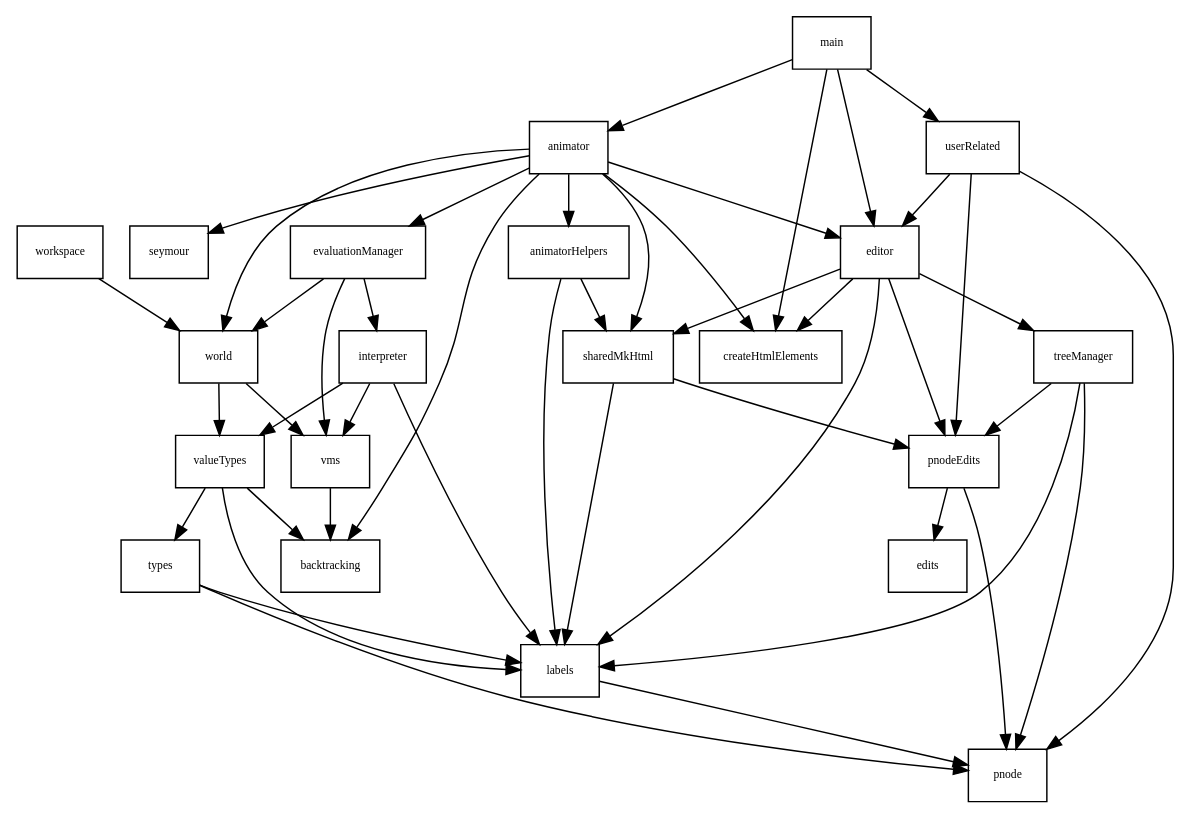
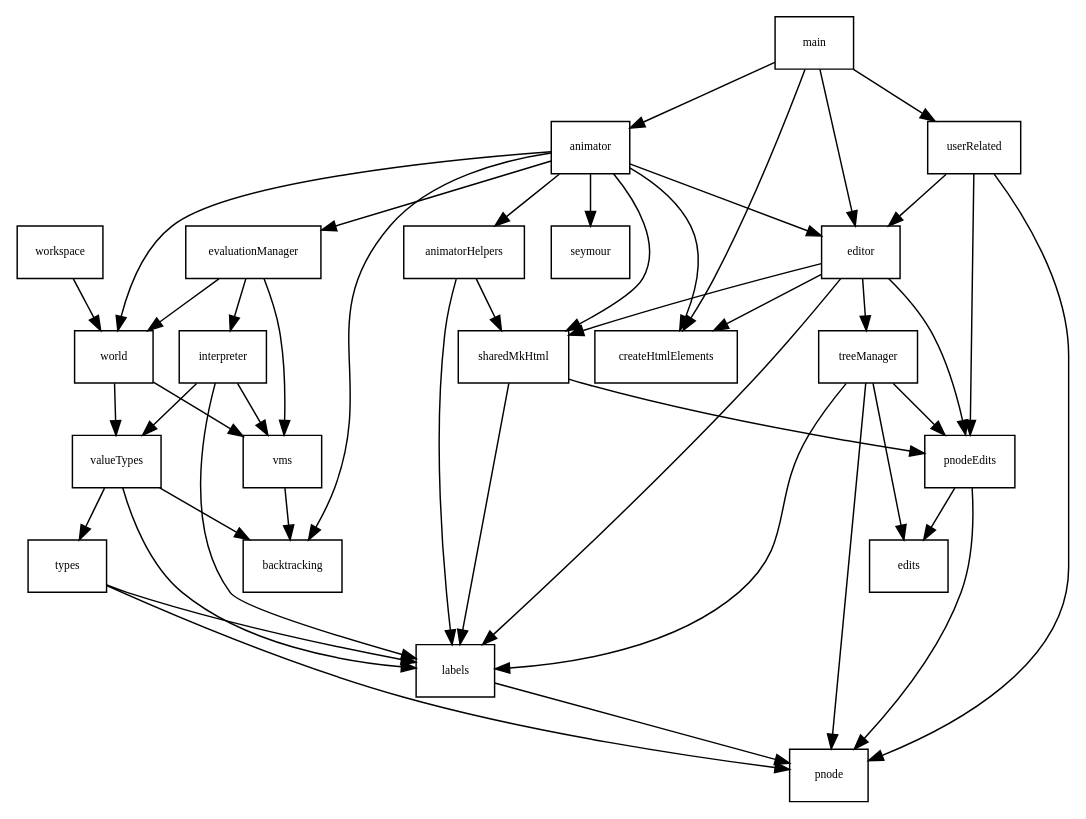
Before and after one commit to theodore-norvell/PLAAY: the diagram in typescriptSrc/dependence-js.gv, drawn with Graphviz. The commit also changed 4 other files, not shown here.

Commit message:
Update dependence diagrams.

```diff
--- a/typescriptSrc/dependence-js.gv
+++ b/typescriptSrc/dependence-js.gv
@@ -1,66 +1,67 @@
 digraph Depends {
 
    gsize="8,6"; ratio=fill;
    node[fontsize=8, shape=rectangle];
 
    animator -> animatorHelpers ;
    animator -> backtracking ;
    animator -> createHtmlElements ;
    animator -> editor ;
    animator -> evaluationManager ;
    animator -> seymour ;
    animator -> sharedMkHtml ;
    animator -> world ;
 
    animatorHelpers -> labels ;
    animatorHelpers -> sharedMkHtml ;
 
    editor -> createHtmlElements ;
    editor -> labels ;
    editor -> pnodeEdits ;
    editor -> sharedMkHtml ;
    editor -> treeManager ;
 
    evaluationManager -> interpreter ;
    evaluationManager -> vms ;
    evaluationManager -> world ;
 
    interpreter -> labels ;
    interpreter -> valueTypes ;
    interpreter -> vms ;
    
    labels -> pnode
 
    main -> createHtmlElements ;
    main -> editor ;
    main -> animator ;
    main -> userRelated ;
 
    pnodeEdits -> edits ;
    pnodeEdits -> pnode ;
 
    sharedMkHtml -> pnodeEdits ;
    sharedMkHtml -> labels ;
 
+   treeManager -> edits ;
    treeManager -> labels ;
    treeManager -> pnode ;
    treeManager -> pnodeEdits ;
 
    userRelated -> editor ;
    userRelated -> pnodeEdits ;
    userRelated -> pnode ;
 
    valueTypes -> backtracking ;
    valueTypes -> labels ;
    valueTypes -> types ;
    
    types -> pnode ;
    types -> labels ;
 
    vms -> backtracking ;
    
    workspace -> world ;
 
    world -> valueTypes ;
    world -> vms ;
 }
```
